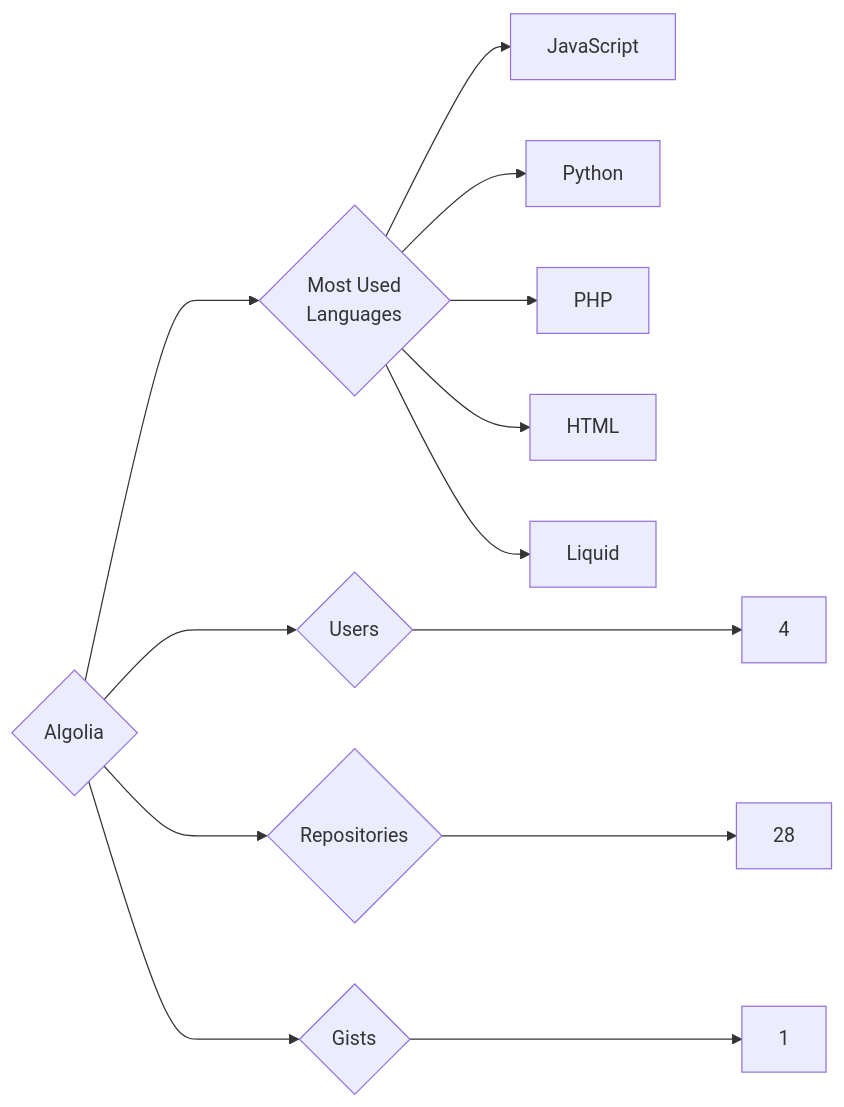
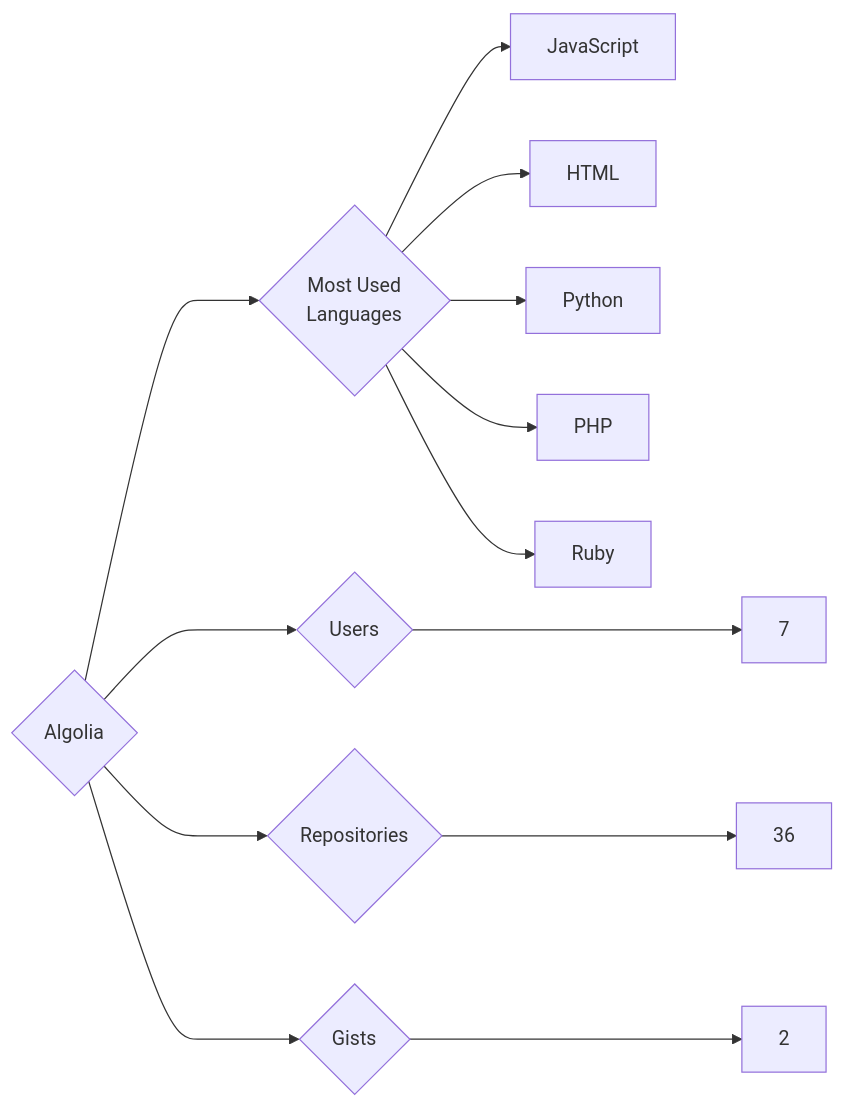
One commit to trickest/insiders changed the diagram in targets/Algolia/README.md. Above: the diagram before and after it, drawn with Mermaid. The commit also changed 1123 other files, not shown here.

````diff
--- a/targets/Algolia/README.md
+++ b/targets/Algolia/README.md
@@ -3,13 +3,13 @@
 ```mermaid
 graph LR
 COMPANY_NAME{Algolia}
-COMPANY_NAME ---> U{Users} ---> UN[4]
-COMPANY_NAME ---> R{Repositories} ---> RN[28]
-COMPANY_NAME ---> G{Gists} ---> GN[1]
+COMPANY_NAME ---> U{Users} ---> UN[7]
+COMPANY_NAME ---> R{Repositories} ---> RN[36]
+COMPANY_NAME ---> G{Gists} ---> GN[2]
 COMPANY_NAME ---> ML{Most Used<br>Languages}
 ML --> JavaScript[JavaScript]
+ML --> HTML[HTML]
 ML --> Python[Python]
 ML --> PHP[PHP]
-ML --> HTML[HTML]
-ML --> Liquid[Liquid]
+ML --> Ruby[Ruby]
 ```
````
